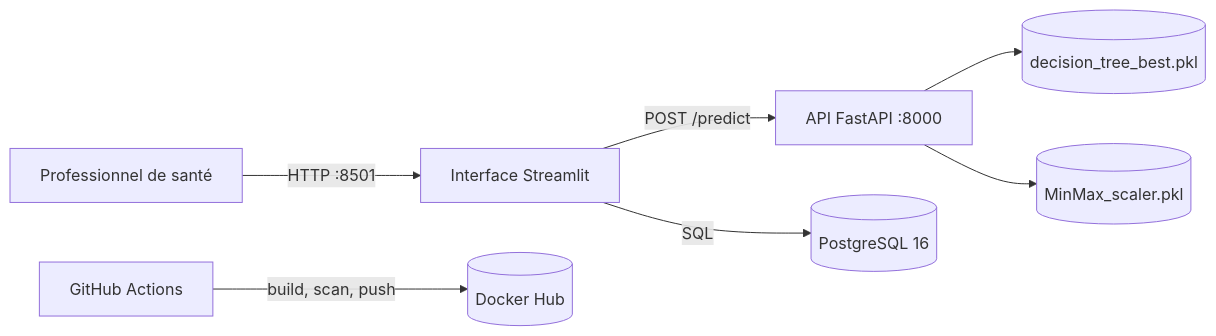
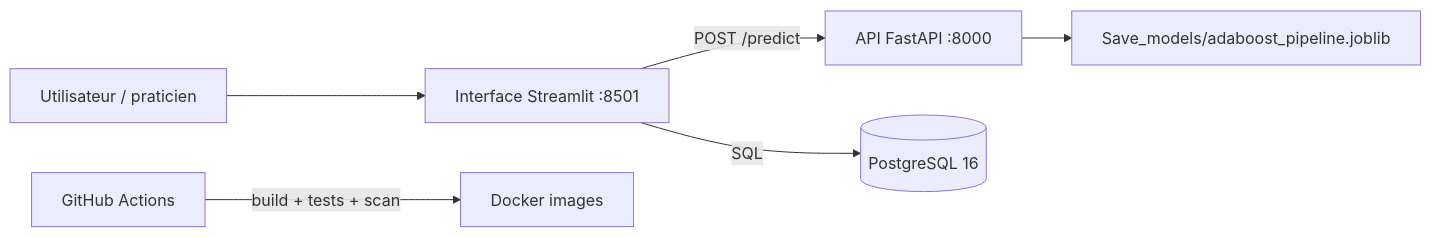
One commit to Schaphath/MLops-Project-Tuto-Python changed the diagram in README.md. Above: the diagram before and after it, drawn with Mermaid. The commit also changed other lines of this file, not shown here.

````diff
--- a/README.md
+++ b/README.md
@@ -55,9 +51,8 @@
 ```mermaid
 flowchart LR
-    U[Professionnel de santé] -->|HTTP :8501| I[Interface Streamlit]
+    U[Utilisateur / praticien] --> I[Interface Streamlit :8501]
     I -->|POST /predict| A[API FastAPI :8000]
-    I -->|SQL| D[(PostgreSQL 16)]
-    A --> M[(decision_tree_best.pkl)]
-    A --> S[(MinMax_scaler.pkl)]
-    G[GitHub Actions] -->|build, scan, push| H[(Docker Hub)]
+    A --> M[Save_models/adaboost_pipeline.joblib]
+    I -->|SQL| P[(PostgreSQL 16)]
+    G[GitHub Actions] -->|build + tests + scan| D[Docker images]
 ```
````
